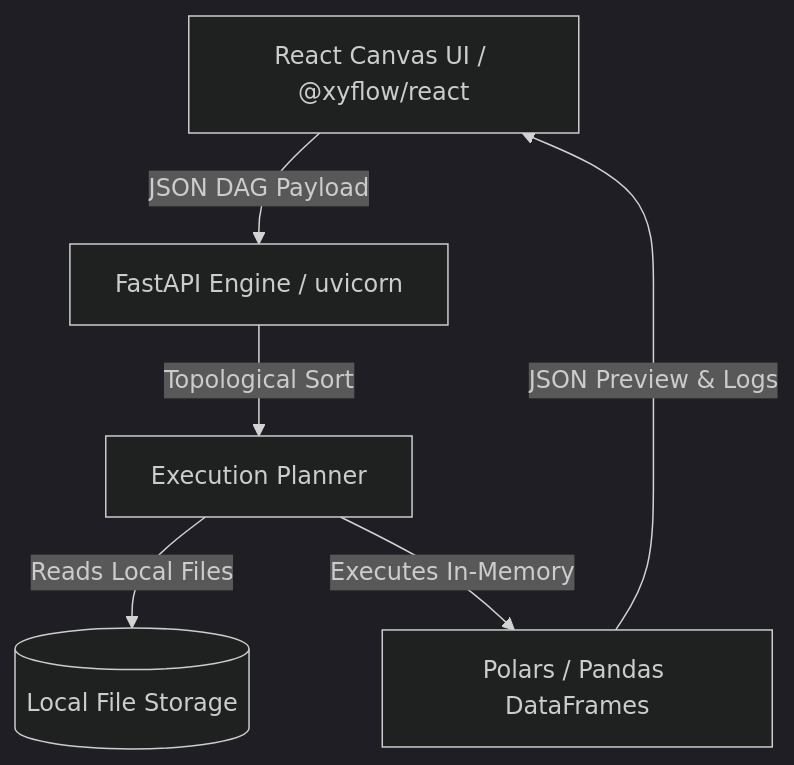
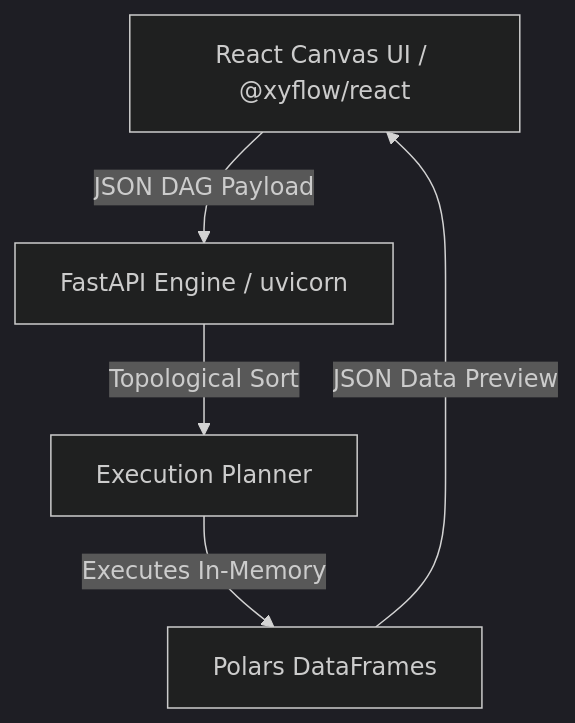
Before and after one commit to cardchase/VibeETL: the diagram in README.md, drawn with Mermaid (dark theme). The commit also changed other lines of this file and 78 other files, not shown here.

````diff
--- a/README.md
+++ b/README.md
@@ -34,8 +61,7 @@
 ```mermaid
 graph TD
     A[React Canvas UI / @xyflow/react] -->|JSON DAG Payload| B[FastAPI Engine / uvicorn]
     B -->|Topological Sort| C[Execution Planner]
-    C -->|Reads Local Files| D[(Local File Storage)]
-    C -->|Executes In-Memory| E[Polars / Pandas DataFrames]
-    E -->|JSON Preview & Logs| A
+    C -->|Executes In-Memory| E[Polars DataFrames]
+    E -->|JSON Data Preview| A
 ```
````
